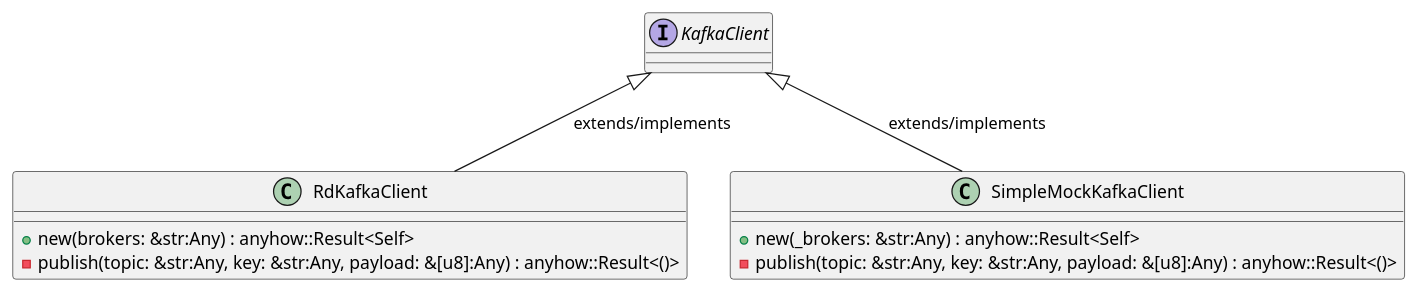
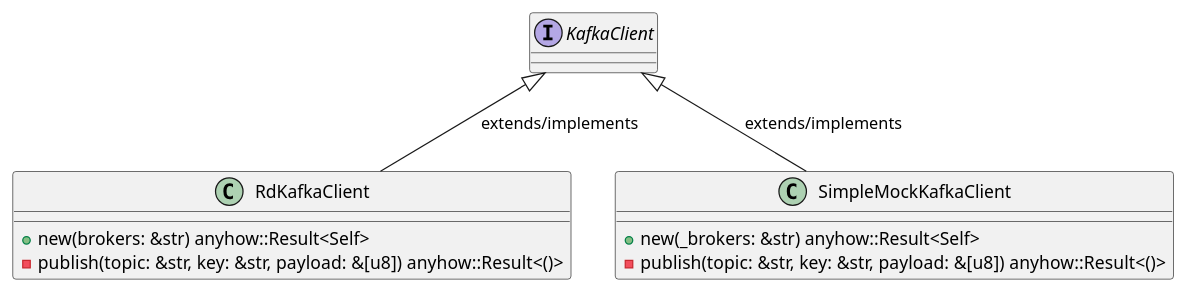
The first of 6 diagrams in openwiki/crates_factory_infrastructure_src_kafka.md (lgcorzo/rust_CACD_autonomous_factory), drawn with PlantUML before and after one commit. The commit also changed other lines of this file and 97 other files, not shown here.

First line of the commit message:
Fix Rust AST parsing for method and function parameters, and update OKF UML frontmatter

````diff
--- a/openwiki/crates_factory_infrastructure_src_kafka.md
+++ b/openwiki/crates_factory_infrastructure_src_kafka.md
@@ -116,17 +121,17 @@
 ```plantuml
 @startuml
 interface KafkaClient {
 }
 class RdKafkaClient {
-    +new(brokers: &str:Any) : anyhow::Result<Self>
-    -publish(topic: &str:Any, key: &str:Any, payload: &[u8]:Any) : anyhow::Result<()>
+    +new(brokers: &str) anyhow::Result<Self>
+    -publish(topic: &str, key: &str, payload: &[u8]) anyhow::Result<()>
 }
 KafkaClient <|-- RdKafkaClient : extends/implements
 class SimpleMockKafkaClient {
-    +new(_brokers: &str:Any) : anyhow::Result<Self>
-    -publish(topic: &str:Any, key: &str:Any, payload: &[u8]:Any) : anyhow::Result<()>
+    +new(_brokers: &str) anyhow::Result<Self>
+    -publish(topic: &str, key: &str, payload: &[u8]) anyhow::Result<()>
 }
 KafkaClient <|-- SimpleMockKafkaClient : extends/implements
 @enduml
 
 ```
````
